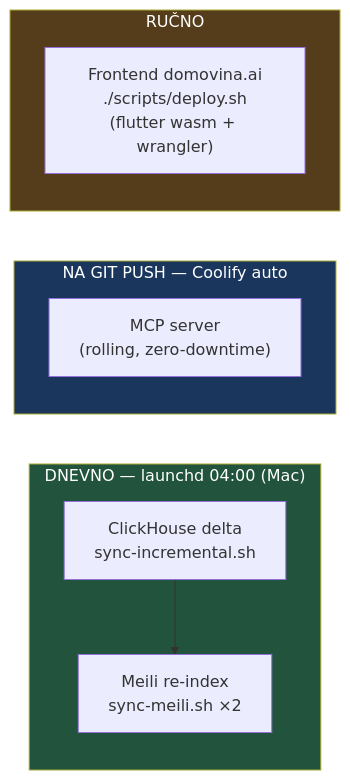
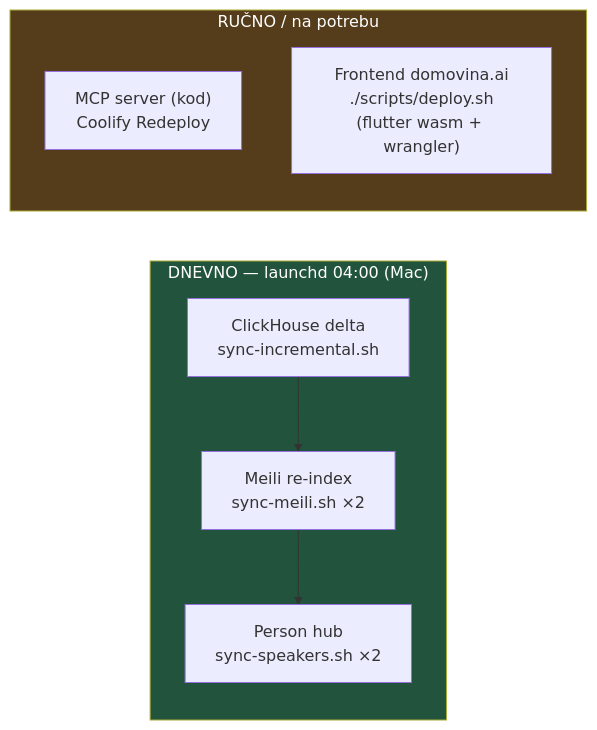
Before and after one commit to domovinatv/domovina-rag: the sixth of 7 diagrams in docs/data-refresh-flow.md, drawn with Mermaid. The commit also changed other lines of this file and 4 other files, not shown here.

First line of the commit message:
feat(infra): dnevni cron re-populira person hub (PG speakers) na cloud

````diff
--- a/docs/data-refresh-flow.md
+++ b/docs/data-refresh-flow.md
@@ -189,18 +202,16 @@
 ```mermaid
 flowchart LR
     subgraph DAILY["DNEVNO — launchd 04:00 (Mac)"]
         CH["ClickHouse delta<br/>sync-incremental.sh"]
         ME["Meili re-index<br/>sync-meili.sh ×2"]
-        CH --> ME
+        SP["Person hub<br/>sync-speakers.sh ×2"]
+        CH --> ME --> SP
     end
-    subgraph ONPUSH["NA GIT PUSH — Coolify auto"]
-        MCPD["MCP server<br/>(rolling, zero-downtime)"]
-    end
-    subgraph MANUAL["RUČNO"]
+    subgraph MANUAL["RUČNO / na potrebu"]
+        MCPD["MCP server (kod)<br/>Coolify Redeploy"]
         FE["Frontend domovina.ai<br/>./scripts/deploy.sh<br/>(flutter wasm + wrangler)"]
     end
 
     style DAILY fill:#22543d,color:#fff
-    style ONPUSH fill:#1a365d,color:#fff
     style MANUAL fill:#553c1a,color:#fff
 ```
````
